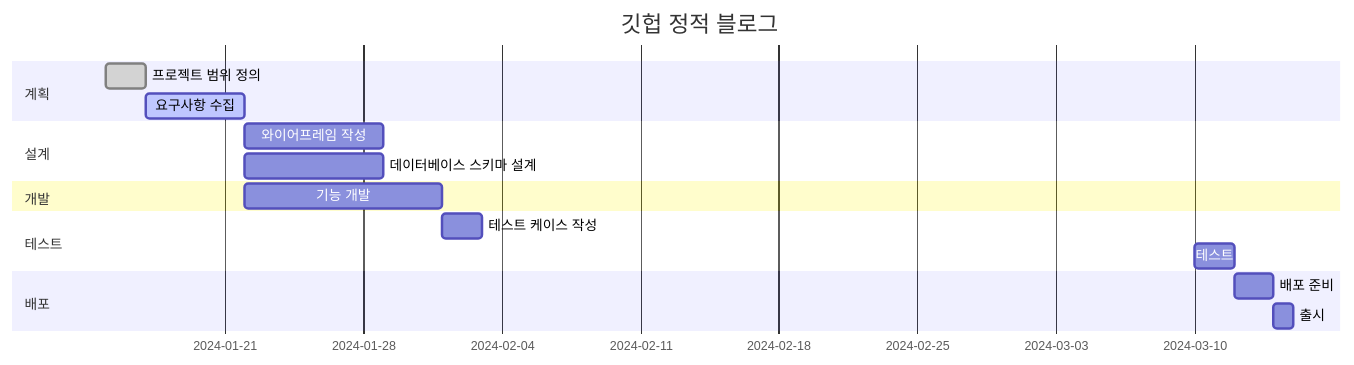
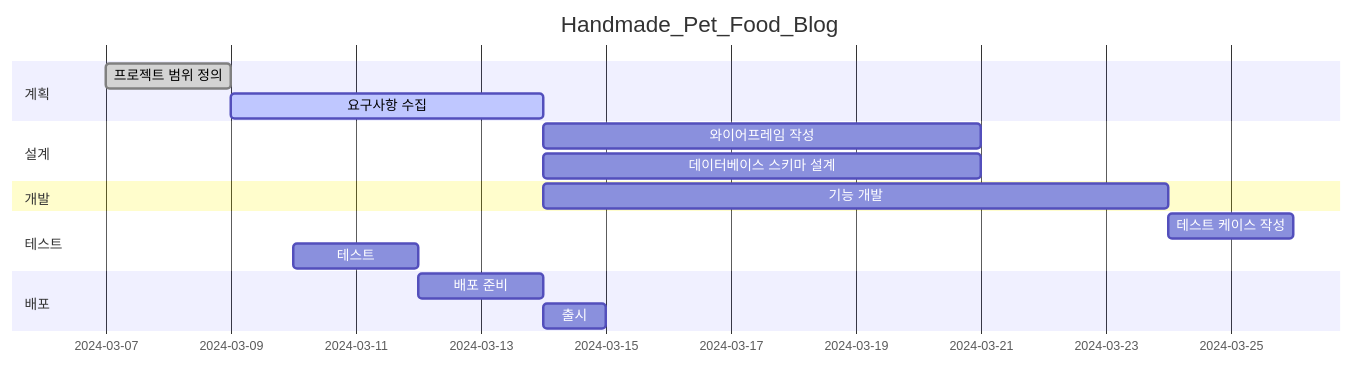
The second of 2 diagrams in README.md (najasinis/Handmade_Pet_Food_Blog), drawn with Mermaid before and after one commit.

````diff
--- a/README.md
+++ b/README.md
@@ -84,19 +84,19 @@
 ```mermaid
 gantt
-    title 깃헙 정적 블로그
+    title Handmade_Pet_Food_Blog
     dateFormat  YYYY-MM-DD
     section 계획
-    프로젝트 범위 정의        :done,    des1, 2024-01-15, 2d
+    프로젝트 범위 정의        :done,    des1, 2024-03-07, 2d
     요구사항 수집             :active,  des2, after des1, 5d
     section 설계
     와이어프레임 작성         :         des3, after des2, 7d
     데이터베이스 스키마 설계  :         des4, after des2, 7d
     section 개발
     기능 개발                :         dev2, after des2, 10d
     section 테스트
     테스트 케이스 작성       :         tes1, after dev2, 2d
     테스트                  :         tes2, after dev1, 2d
     section 배포
     배포 준비               :         dep1, after tes2, 2d
     출시                    :         dep2, after dep1, 1d
 ```
````
